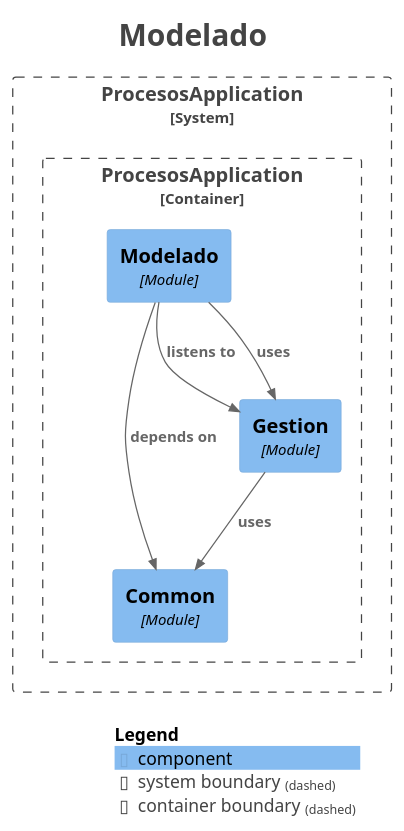
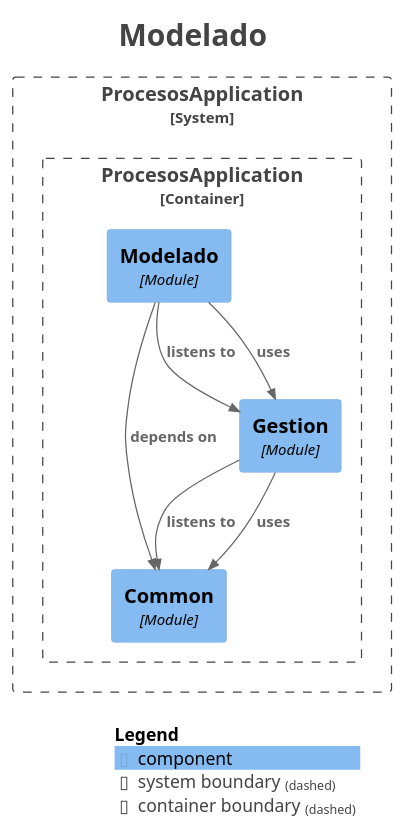
The diagram in docs/modules/module-modelado.puml (AndresContreras1/bpmn-process-manager-api), drawn with PlantUML before and after one commit. The commit also changed 36 other files, not shown here.

```diff
--- a/docs/modules/module-modelado.puml
+++ b/docs/modules/module-modelado.puml
@@ -1,34 +1,35 @@
 @startuml
 title <size:24>Modelado</size>
 
 set separator none
 top to bottom direction
 
 <style>
   root {
     BackgroundColor: #ffffff
     FontColor: #444444
   }
 </style>
 
 !include <C4/C4>
 !include <C4/C4_Context>
 !include <C4/C4_Component>
 
 System_Boundary("ProcesosApplication_boundary", "ProcesosApplication", $tags="") {
   Container_Boundary("ProcesosApplication.ProcesosApplication_boundary", "ProcesosApplication", $tags="") {
     Component(ProcesosApplication.ProcesosApplication.Common, "Common", $techn="Module", $descr="", $tags="", $link="")
     Component(ProcesosApplication.ProcesosApplication.Gestion, "Gestion", $techn="Module", $descr="", $tags="", $link="")
     Component(ProcesosApplication.ProcesosApplication.Modelado, "Modelado", $techn="Module", $descr="", $tags="", $link="")
   }
 
 }
 
+Rel(ProcesosApplication.ProcesosApplication.Gestion, ProcesosApplication.ProcesosApplication.Common, "listens to", $techn="", $tags="", $link="")
+Rel(ProcesosApplication.ProcesosApplication.Gestion, ProcesosApplication.ProcesosApplication.Common, "uses", $techn="", $tags="", $link="")
 Rel(ProcesosApplication.ProcesosApplication.Modelado, ProcesosApplication.ProcesosApplication.Gestion, "listens to", $techn="", $tags="", $link="")
 Rel(ProcesosApplication.ProcesosApplication.Modelado, ProcesosApplication.ProcesosApplication.Common, "depends on", $techn="", $tags="", $link="")
 Rel(ProcesosApplication.ProcesosApplication.Modelado, ProcesosApplication.ProcesosApplication.Gestion, "uses", $techn="", $tags="", $link="")
-Rel(ProcesosApplication.ProcesosApplication.Gestion, ProcesosApplication.ProcesosApplication.Common, "uses", $techn="", $tags="", $link="")
 
 SHOW_LEGEND(true)
 hide stereotypes
 @enduml
```
